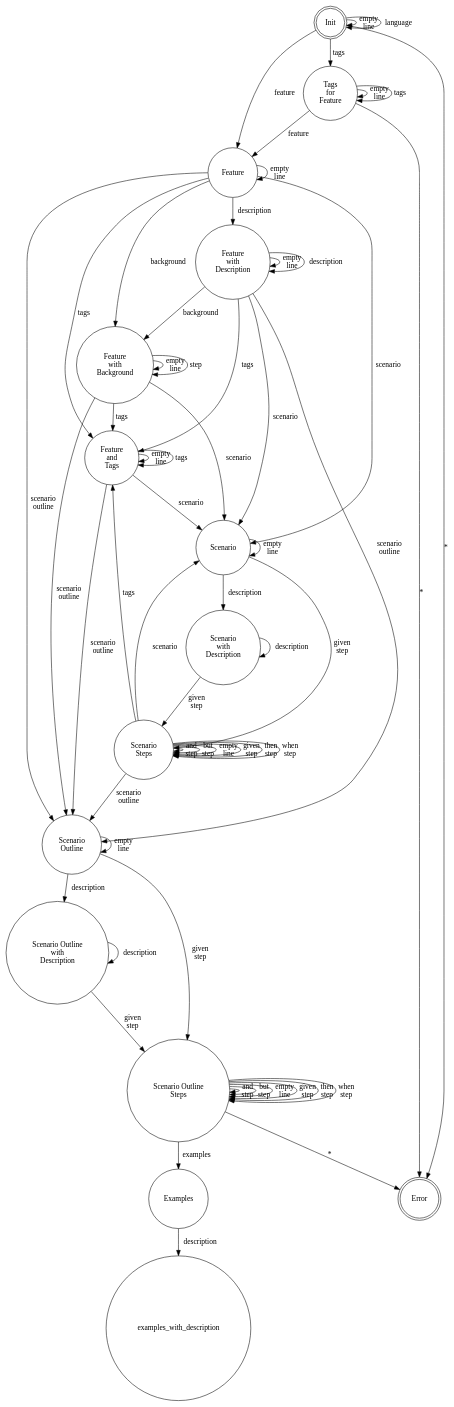
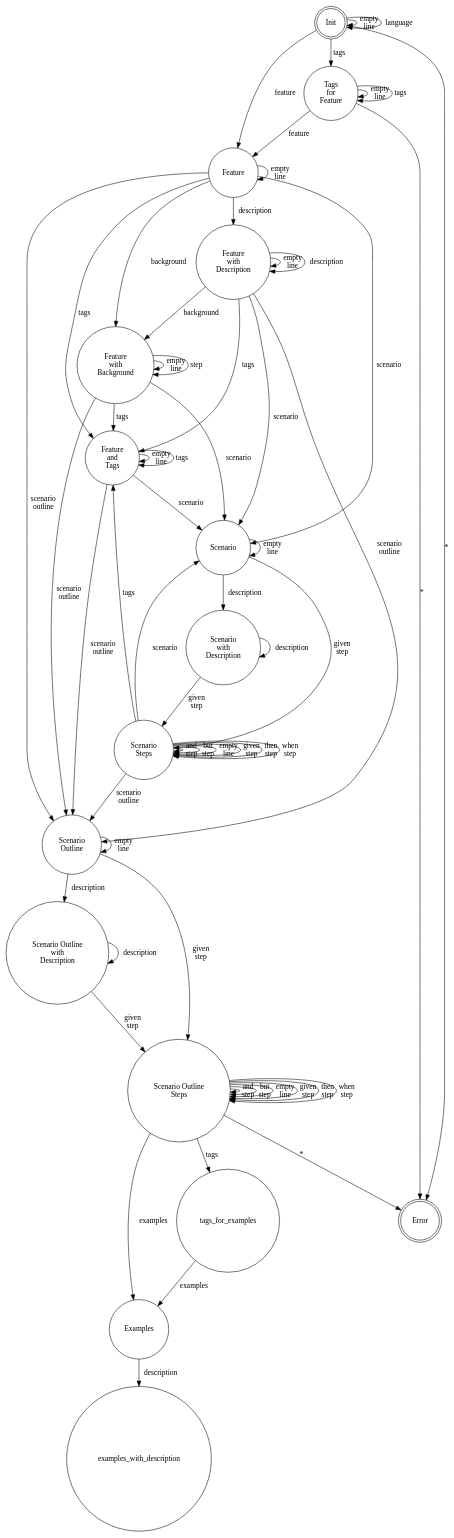
Before and after one commit to sa2ajj/cucumber-runner: the diagram in misc/states.dot, drawn with Graphviz.

Commit message:
updated fsm description
It looks like tags can be applied to examples as well.

```diff
--- a/misc/states.dot
+++ b/misc/states.dot
@@ -1,91 +1,94 @@
 digraph gherkin {
     node [shape=doublecircle];
     init [label="Init"];
     error [label="Error"];
 
 	node [shape=circle];
 
     examples [label="Examples"];
     feature_and_tags [label="Feature\nand\nTags"];
     feature [label="Feature"];
     feature_with_background [label="Feature\nwith\nBackground"];
     feature_with_description [label="Feature\nwith\nDescription"];
     scenario [label="Scenario"];
     scenario_outline [label="Scenario\nOutline"];
     scenario_outline_steps [label="Scenario Outline\nSteps"];
     scenario_outline_with_description [label="Scenario Outline\nwith\nDescription"];
     scenario_steps [label="Scenario\nSteps"];
     scenario_with_description [label="Scenario\nwith\nDescription"];
     tags_for_feature [label="Tags\nfor\nFeature"];
 
     init -> error [label="*"];
     init -> feature [label="feature"];
     init -> init [label="empty\nline"];
     init -> init [label="language"];    // currently ignore
     init -> tags_for_feature [label="tags"];
 
     tags_for_feature -> error [label="*"];
     tags_for_feature -> feature [label="feature"];
     tags_for_feature -> tags_for_feature [label="empty\nline"];
     tags_for_feature -> tags_for_feature [label="tags"];
 
     feature_with_description -> feature_with_description [label="empty\nline"];
     feature_with_description -> feature_with_description [label="description"];
     feature_with_description -> feature_with_background [label="background"];
     feature_with_description -> feature_and_tags [label="tags"];
     feature_with_description -> scenario [label="scenario"];
     feature_with_description -> scenario_outline [label="scenario\noutline"];
 
     feature_with_background -> feature_with_background [label="empty\nline"];
     feature_with_background -> feature_with_background [label="step"];
     feature_with_background -> feature_and_tags [label="tags"];
     feature_with_background -> scenario [label="scenario"];
     feature_with_background -> scenario_outline [label="scenario\noutline"];
 
     feature_and_tags -> feature_and_tags [label="empty\nline"];
     feature_and_tags -> feature_and_tags [label="tags"];
     feature_and_tags -> scenario [label="scenario"];
     feature_and_tags -> scenario_outline [label="scenario\noutline"];
 
     feature -> feature [label="empty\nline"];
     feature -> feature_with_description [label="description"];
     feature -> feature_with_background [label="background"];
     feature -> feature_and_tags [label="tags"];
     feature -> scenario [label="scenario"];
     feature -> scenario_outline [label="scenario\noutline"];
 
     scenario -> scenario [label="empty\nline"];
     scenario -> scenario_with_description [label="description"];
     scenario -> scenario_steps [label="given\nstep"];
 
     scenario_with_description -> scenario_with_description [label="description"];
     scenario_with_description -> scenario_steps [label="given\nstep"];
 
     scenario_steps -> feature_and_tags [label="tags"];
     scenario_steps -> scenario [label="scenario"];
     scenario_steps -> scenario_outline [label="scenario\noutline"];
     scenario_steps -> scenario_steps [label="and\nstep"];
     scenario_steps -> scenario_steps [label="but\nstep"];
     scenario_steps -> scenario_steps [label="empty\nline"];
     scenario_steps -> scenario_steps [label="given\nstep"];
     scenario_steps -> scenario_steps [label="then\nstep"];
     scenario_steps -> scenario_steps [label="when\nstep"];
 
     scenario_outline -> scenario_outline [label="empty\nline"];
     scenario_outline -> scenario_outline_with_description [label="description"];
     scenario_outline -> scenario_outline_steps [label="given\nstep"];
 
     scenario_outline_with_description -> scenario_outline_with_description [label="description"];
     scenario_outline_with_description -> scenario_outline_steps [label="given\nstep"];
 
     scenario_outline_steps -> error [label="*"];
     scenario_outline_steps -> examples [label="examples"];
     scenario_outline_steps -> scenario_outline_steps [label="and\nstep"];
     scenario_outline_steps -> scenario_outline_steps [label="but\nstep"];
     scenario_outline_steps -> scenario_outline_steps [label="empty\nline"];
     scenario_outline_steps -> scenario_outline_steps [label="given\nstep"];
     scenario_outline_steps -> scenario_outline_steps [label="then\nstep"];
     scenario_outline_steps -> scenario_outline_steps [label="when\nstep"];
+    scenario_outline_steps -> tags_for_examples [label="tags"];
+
+    tags_for_examples -> examples [label="examples"];
 
     examples -> examples_with_description [label="description"];
 }
```
